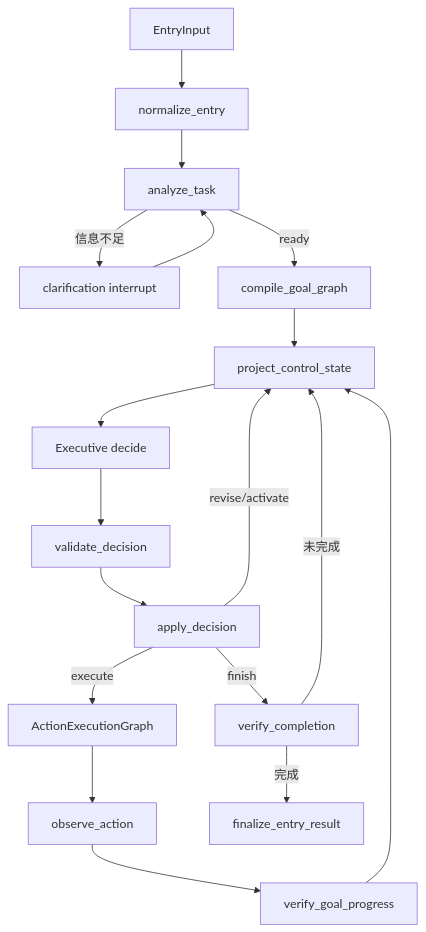
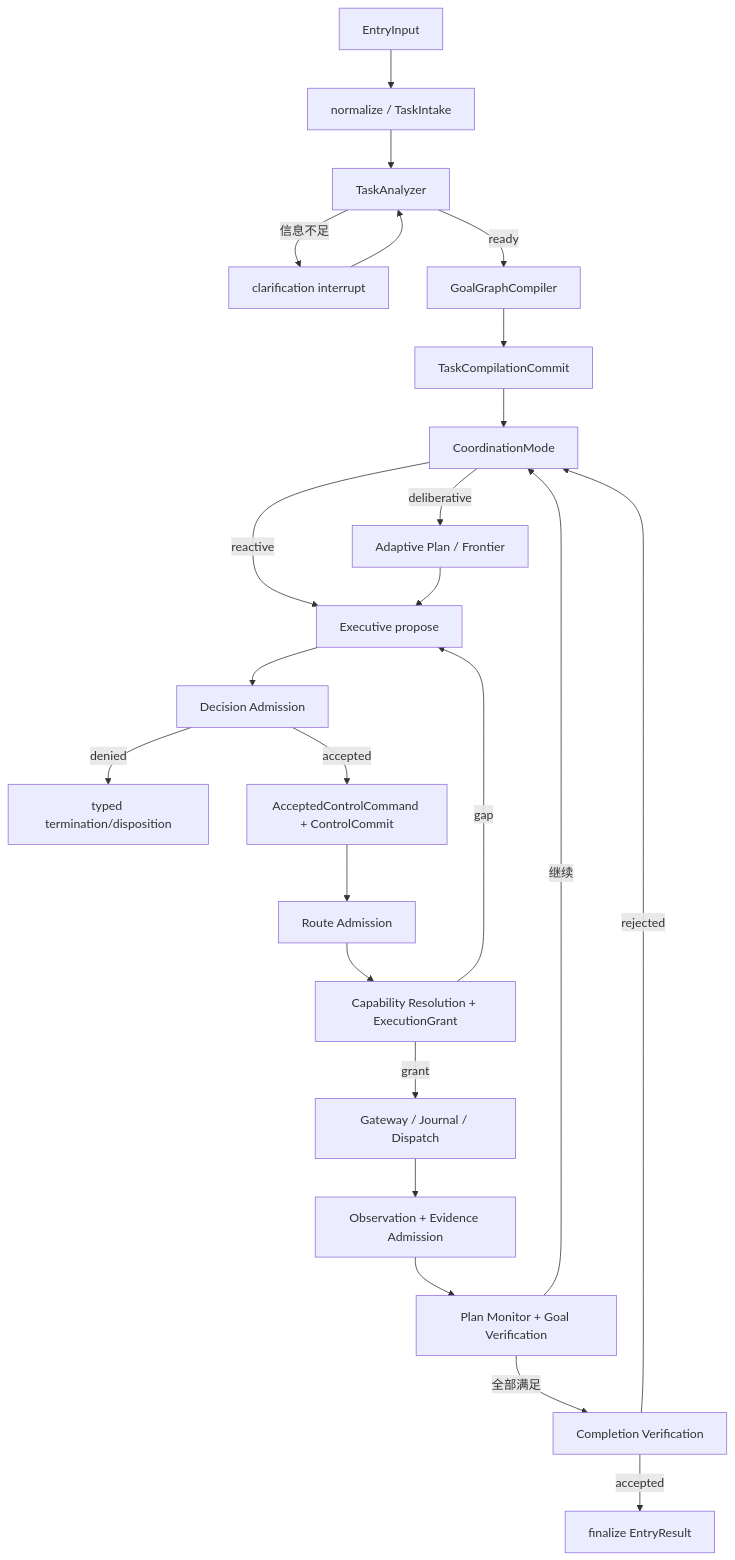
Before and after one commit to SkyLiberation/personalAgent: the diagram in docs/workflow/entry-executive-agent-loop.md, drawn with Mermaid. The commit also changed other lines of this file and 183 other files, not shown here.

````diff
--- a/docs/workflow/entry-executive-agent-loop.md
+++ b/docs/workflow/entry-executive-agent-loop.md
@@ -7,20 +7,26 @@
 ```mermaid
 flowchart TD
-    A[EntryInput] --> B[normalize_entry]
-    B --> C[analyze_task]
+    A[EntryInput] --> B[normalize / TaskIntake]
+    B --> C[TaskAnalyzer]
     C -->|信息不足| D[clarification interrupt]
     D --> C
-    C -->|ready| E[compile_goal_graph]
-    E --> F[project_control_state]
-    F --> G[Executive decide]
-    G --> H[validate_decision]
-    H --> I[apply_decision]
-    I -->|execute| J[ActionExecutionGraph]
-    J --> K[observe_action]
-    K --> L[verify_goal_progress]
-    L --> F
-    I -->|revise/activate| F
-    I -->|finish| M[verify_completion]
-    M -->|未完成| F
-    M -->|完成| N[finalize_entry_result]
+    C -->|ready| E[GoalGraphCompiler]
+    E --> F[TaskCompilationCommit]
+    F --> G[CoordinationMode]
+    G -->|deliberative| H[Adaptive Plan / Frontier]
+    G -->|reactive| I[Executive propose]
+    H --> I
+    I --> J[Decision Admission]
+    J -->|denied| Q[typed termination/disposition]
+    J -->|accepted| K[AcceptedControlCommand + ControlCommit]
+    K --> L[Route Admission]
+    L --> M[Capability Resolution + ExecutionGrant]
+    M -->|gap| I
+    M -->|grant| N[Gateway / Journal / Dispatch]
+    N --> O[Observation + Evidence Admission]
+    O --> P[Plan Monitor + Goal Verification]
+    P -->|继续| G
+    P -->|全部满足| R[Completion Verification]
+    R -->|rejected| G
+    R -->|accepted| S[finalize EntryResult]
 ```
````
